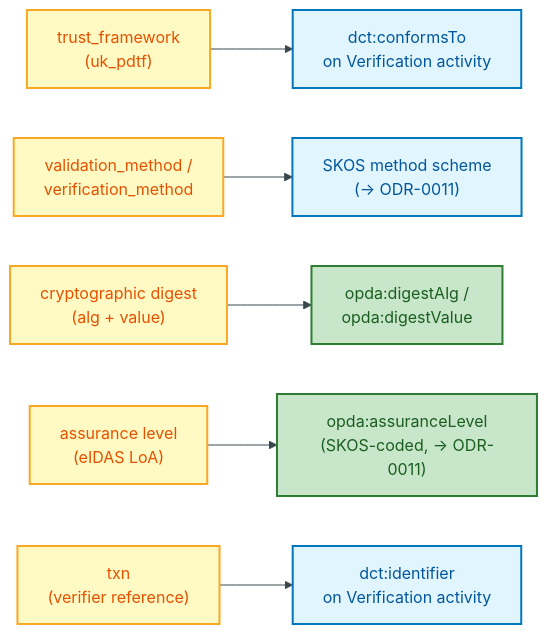
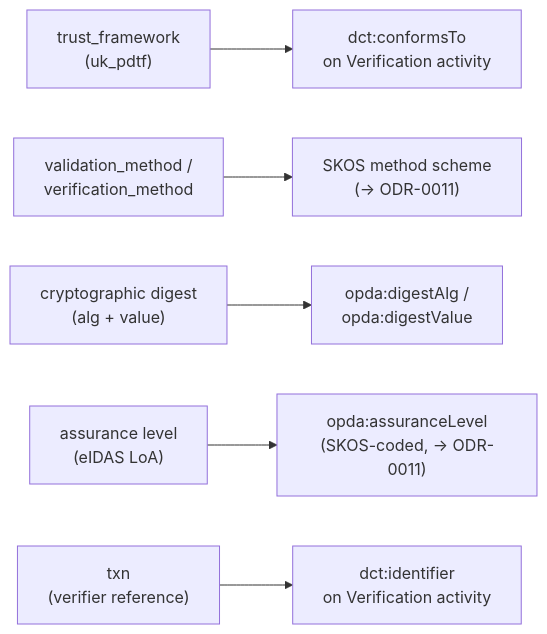
Before and after one commit to sparkling/opda: the second of 3 diagrams in docs/ontology/odr/ODR-0009-claims-evidence-provenance.md, drawn with Mermaid. The commit also changed other lines of this file and 25 other files, not shown here.

````diff
--- a/docs/ontology/odr/ODR-0009-claims-evidence-provenance.md
+++ b/docs/ontology/odr/ODR-0009-claims-evidence-provenance.md
@@ -146,28 +145,24 @@
 ```mermaid
-%%{init:{"theme":"base","themeVariables":{"primaryColor":"#E3F2FD","primaryTextColor":"#0D47A1","primaryBorderColor":"#1565C0","lineColor":"#37474F"}}}%%
 flowchart LR
     accTitle: Assurance layer — five eIDAS exceptions
     accDescr: Routes the five eIDAS/OIDC4IDA envelope elements that PROV-O cannot carry to their target vocabulary or local term.
 
-    classDef envelope  fill:#FFF9C4,stroke:#F9A825,stroke-width:2px,color:#E65100
-    classDef vocab     fill:#E1F5FE,stroke:#0277BD,stroke-width:2px,color:#01579B
-    classDef local     fill:#C8E6C9,stroke:#2E7D32,stroke-width:2px,color:#1B5E20
 
-    TF["trust_framework<br/>(uk_pdtf)"]:::envelope
-    VM["validation_method /<br/>verification_method"]:::envelope
-    DG["cryptographic digest<br/>(alg + value)"]:::envelope
-    AL["assurance level<br/>(eIDAS LoA)"]:::envelope
-    TX["txn<br/>(verifier reference)"]:::envelope
+    TF["trust_framework<br/>(uk_pdtf)"]:::warning
+    VM["validation_method /<br/>verification_method"]:::warning
+    DG["cryptographic digest<br/>(alg + value)"]:::warning
+    AL["assurance level<br/>(eIDAS LoA)"]:::warning
+    TX["txn<br/>(verifier reference)"]:::warning
 
-    DCT1["dct:conformsTo<br/>on Verification activity"]:::vocab
-    SKOS["SKOS method scheme<br/>(→ ODR-0011)"]:::vocab
-    LOC1["opda:digestAlg /<br/>opda:digestValue"]:::local
-    LOC2["opda:assuranceLevel<br/>(SKOS-coded, → ODR-0011)"]:::local
-    DCT2["dct:identifier<br/>on Verification activity"]:::vocab
+    DCT1["dct:conformsTo<br/>on Verification activity"]:::process
+    SKOS["SKOS method scheme<br/>(→ ODR-0011)"]:::process
+    LOC1["opda:digestAlg /<br/>opda:digestValue"]:::success
+    LOC2["opda:assuranceLevel<br/>(SKOS-coded, → ODR-0011)"]:::success
+    DCT2["dct:identifier<br/>on Verification activity"]:::process
 
     TF --> DCT1
     VM --> SKOS
     DG --> LOC1
     AL --> LOC2
     TX --> DCT2
 ```
````
